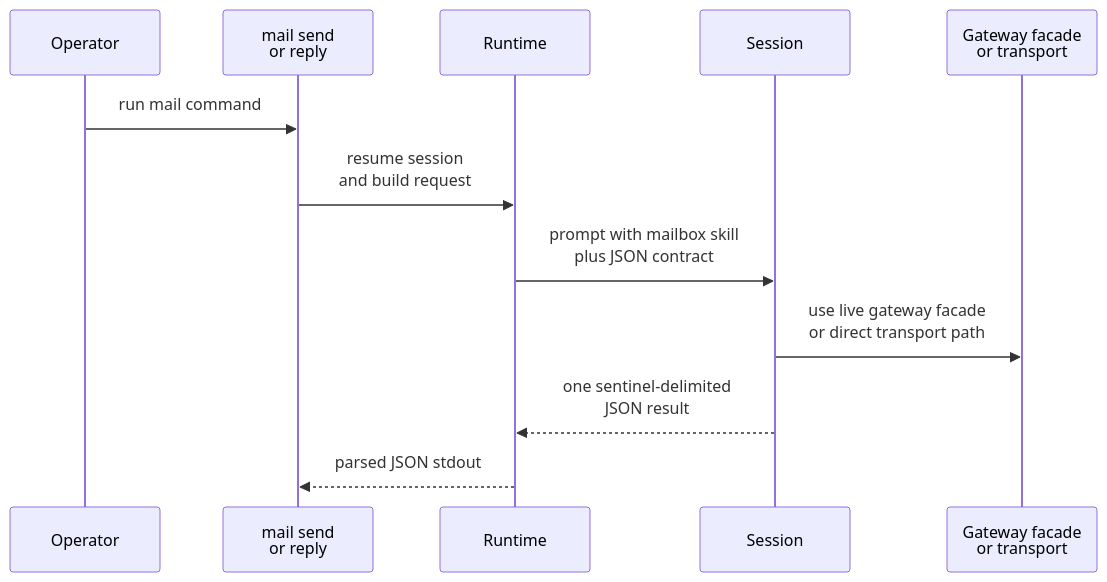
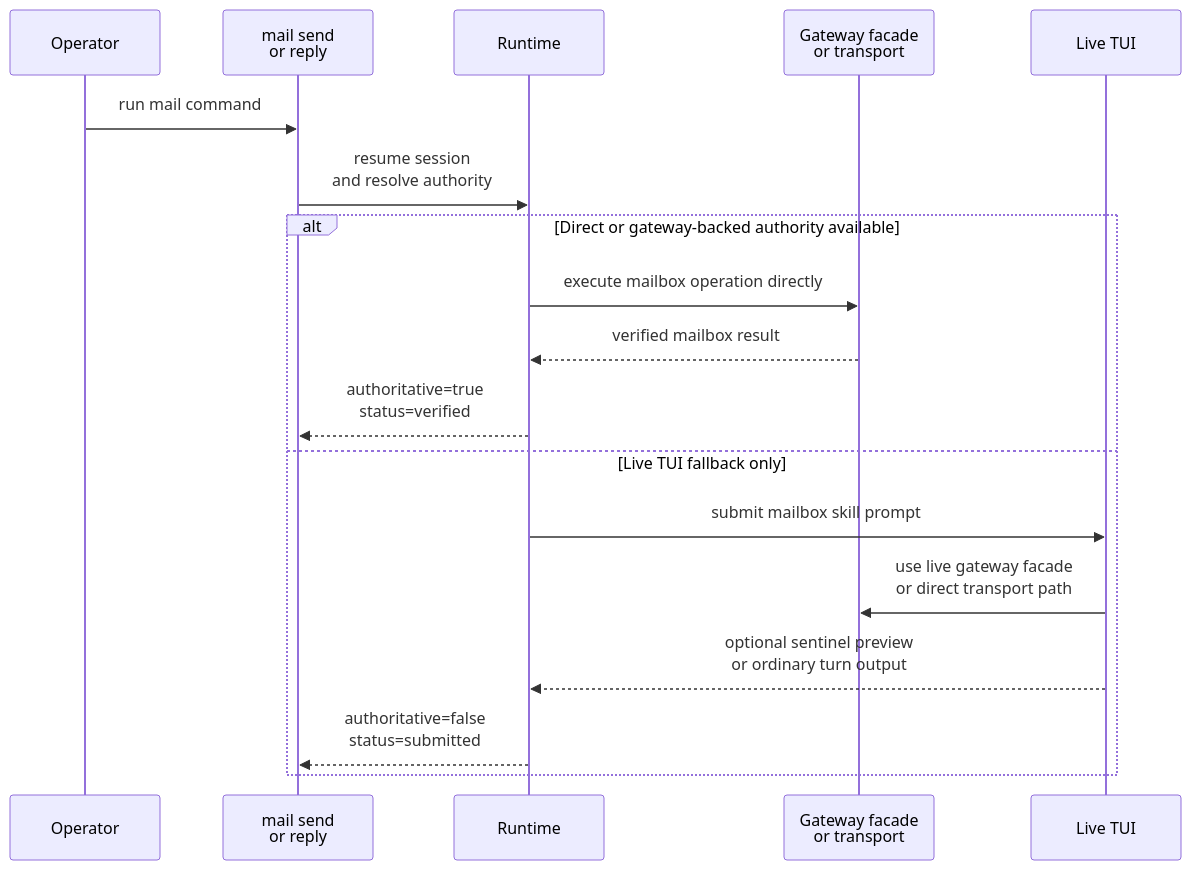
Before and after one commit to igamenovoer/houmao: the second of 2 diagrams in docs/reference/mailbox/quickstart.md, drawn with Mermaid. The commit also changed other lines of this file and 12 other files, not shown here.

Commit message:
feat: make tui mail submission non-authoritative

````diff
--- a/docs/reference/mailbox/quickstart.md
+++ b/docs/reference/mailbox/quickstart.md
@@ -171,14 +179,20 @@
 ```mermaid
 sequenceDiagram
     participant Op as Operator
     participant CLI as mail send<br/>or reply
     participant RT as Runtime
-    participant Ses as Session
     participant MB as Gateway facade<br/>or transport
+    participant Ses as Live TUI
     Op->>CLI: run mail command
-    CLI->>RT: resume session<br/>and build request
-    RT->>Ses: prompt with mailbox skill<br/>plus JSON contract
-    Ses->>MB: use live gateway facade<br/>or direct transport path
-    Ses-->>RT: one sentinel-delimited<br/>JSON result
-    RT-->>CLI: parsed JSON stdout
+    CLI->>RT: resume session<br/>and resolve authority
+    alt Direct or gateway-backed authority available
+        RT->>MB: execute mailbox operation directly
+        MB-->>RT: verified mailbox result
+        RT-->>CLI: authoritative=true<br/>status=verified
+    else Live TUI fallback only
+        RT->>Ses: submit mailbox skill prompt
+        Ses->>MB: use live gateway facade<br/>or direct transport path
+        Ses-->>RT: optional sentinel preview<br/>or ordinary turn output
+        RT-->>CLI: authoritative=false<br/>status=submitted
+    end
 ```
````
